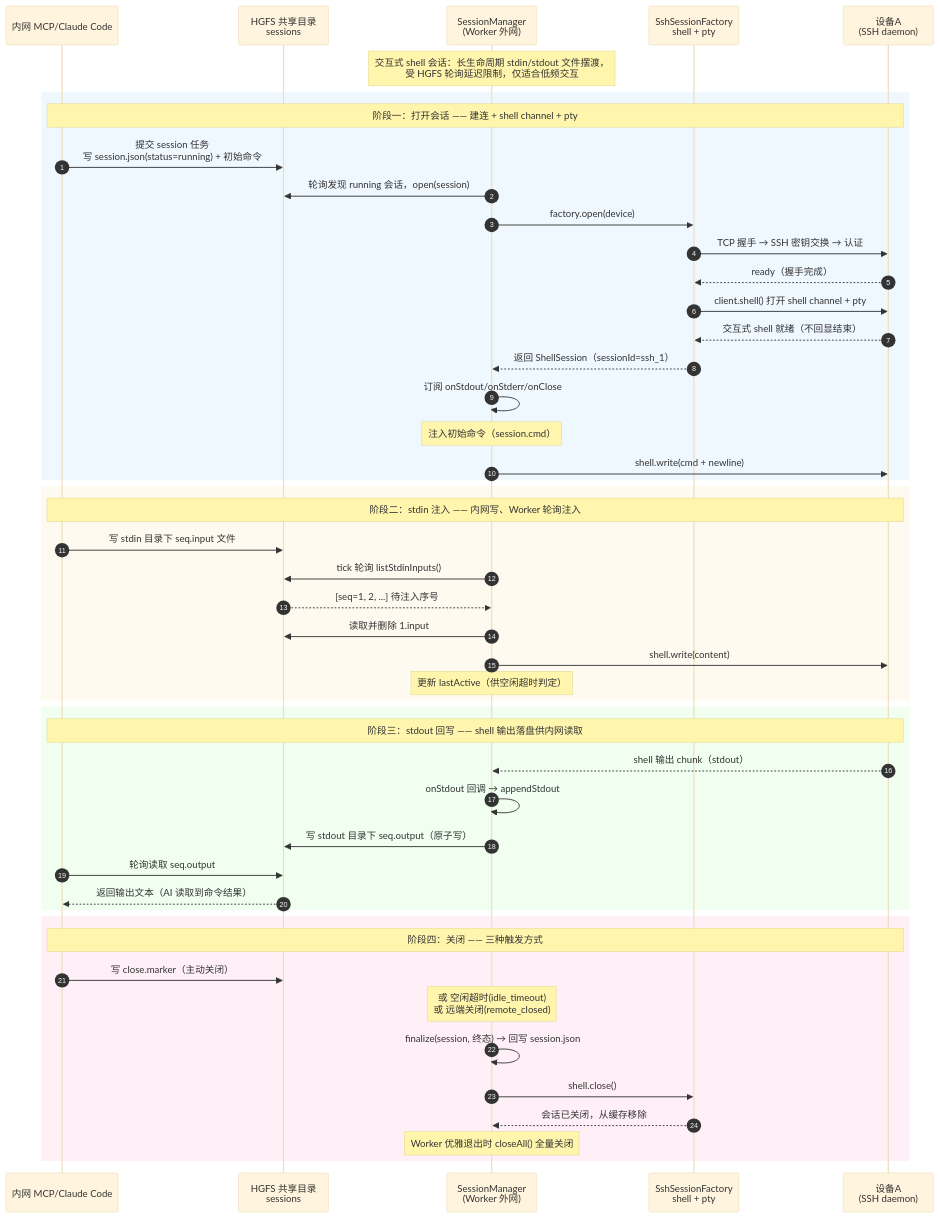
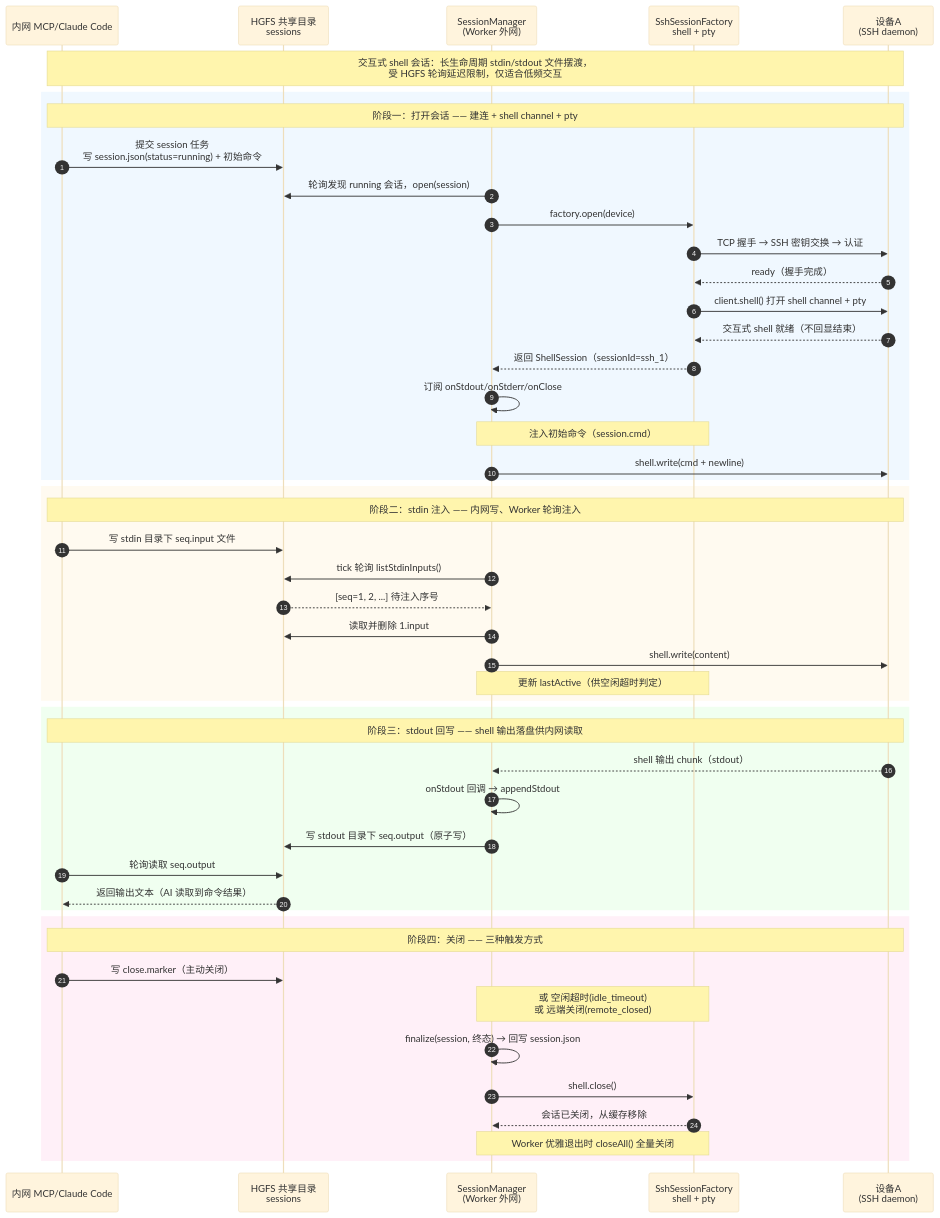
The diagram in docs/msgferry-bridge-architecture/ssh-interactive-session-sequence.mmd (smk-h/isolate-bridge), drawn with Mermaid (base theme) before and after one commit. The commit also changed 8 other files, not shown here.

```diff
--- a/docs/msgferry-bridge-architecture/ssh-interactive-session-sequence.mmd
+++ b/docs/msgferry-bridge-architecture/ssh-interactive-session-sequence.mmd
@@ -1,53 +1,53 @@
 sequenceDiagram
     autonumber
     participant AI as 内网 MCP/Claude Code
     participant HGFS as HGFS 共享目录<br/>sessions
     participant W as SessionManager<br/>(Worker 外网)
     participant F as SshSessionFactory<br/>shell + pty
     participant A as 设备A<br/>(SSH daemon)
 
-    Note over W: 交互式 shell 会话：长生命周期 stdin/stdout 文件摆渡，<br/>受 HGFS 轮询延迟限制，仅适合低频交互
+    Note over AI,A: 交互式 shell 会话：长生命周期 stdin/stdout 文件摆渡，<br/>受 HGFS 轮询延迟限制，仅适合低频交互
 
     rect rgb(240, 248, 255)
     Note over AI,A: 阶段一：打开会话 —— 建连 + shell channel + pty
     AI->>HGFS: 提交 session 任务<br/>写 session.json(status=running) + 初始命令
     W->>HGFS: 轮询发现 running 会话，open(session)
     W->>F: factory.open(device)
     F->>A: TCP 握手 → SSH 密钥交换 → 认证
     A-->>F: ready（握手完成）
     F->>A: client.shell() 打开 shell channel + pty
     A-->>F: 交互式 shell 就绪（不回显结束）
     F-->>W: 返回 ShellSession（sessionId=ssh_1）
     W->>W: 订阅 onStdout/onStderr/onClose
-    Note over W: 注入初始命令（session.cmd）
+    Note over W,F: 注入初始命令（session.cmd）
     W->>A: shell.write(cmd + newline)
     end
 
     rect rgb(255, 250, 240)
     Note over AI,A: 阶段二：stdin 注入 —— 内网写、Worker 轮询注入
     AI->>HGFS: 写 stdin 目录下 seq.input 文件
     W->>HGFS: tick 轮询 listStdinInputs()
     HGFS-->>W: [seq=1, 2, ...] 待注入序号
     W->>HGFS: 读取并删除 1.input
     W->>A: shell.write(content)  # 注入 shell
-    Note over W: 更新 lastActive（供空闲超时判定）
+    Note over W,F: 更新 lastActive（供空闲超时判定）
     end
 
     rect rgb(240, 255, 240)
     Note over AI,A: 阶段三：stdout 回写 —— shell 输出落盘供内网读取
     A-->>W: shell 输出 chunk（stdout）
     W->>W: onStdout 回调 → appendStdout
     W->>HGFS: 写 stdout 目录下 seq.output（原子写）
     AI->>HGFS: 轮询读取 seq.output
     HGFS-->>AI: 返回输出文本（AI 读取到命令结果）
     end
 
     rect rgb(255, 240, 248)
     Note over AI,A: 阶段四：关闭 —— 三种触发方式
     AI->>HGFS: 写 close.marker（主动关闭）
-    Note over W: 或 空闲超时(idle_timeout)<br/>或 远端关闭(remote_closed)
+    Note over W,F: 或 空闲超时(idle_timeout)<br/>或 远端关闭(remote_closed)
     W->>W: finalize(session, 终态) → 回写 session.json
     W->>F: shell.close()  # 关闭 channel + 释放连接
     F-->>W: 会话已关闭，从缓存移除
-    Note over W: Worker 优雅退出时 closeAll() 全量关闭
+    Note over W,F: Worker 优雅退出时 closeAll() 全量关闭
     end
```
